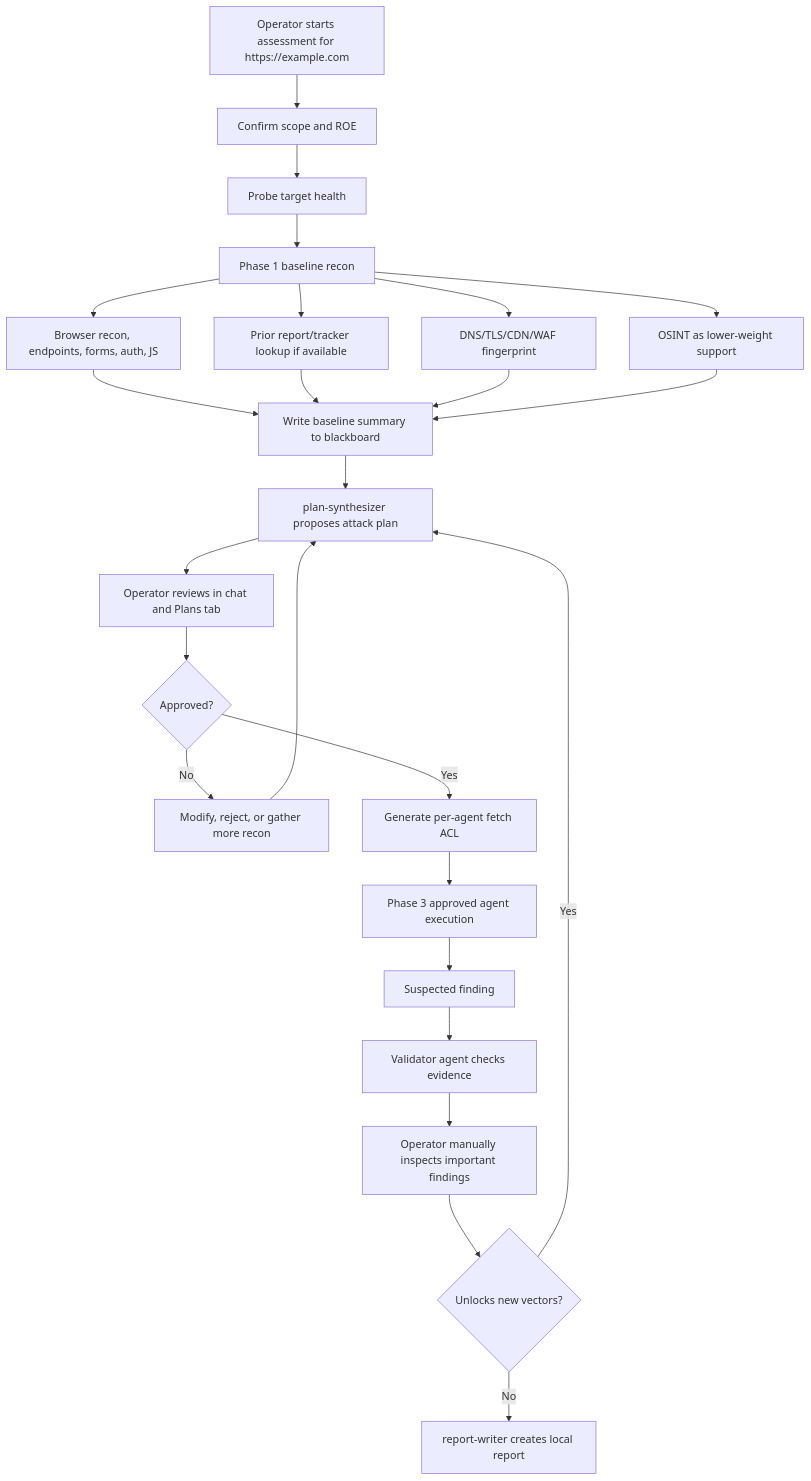
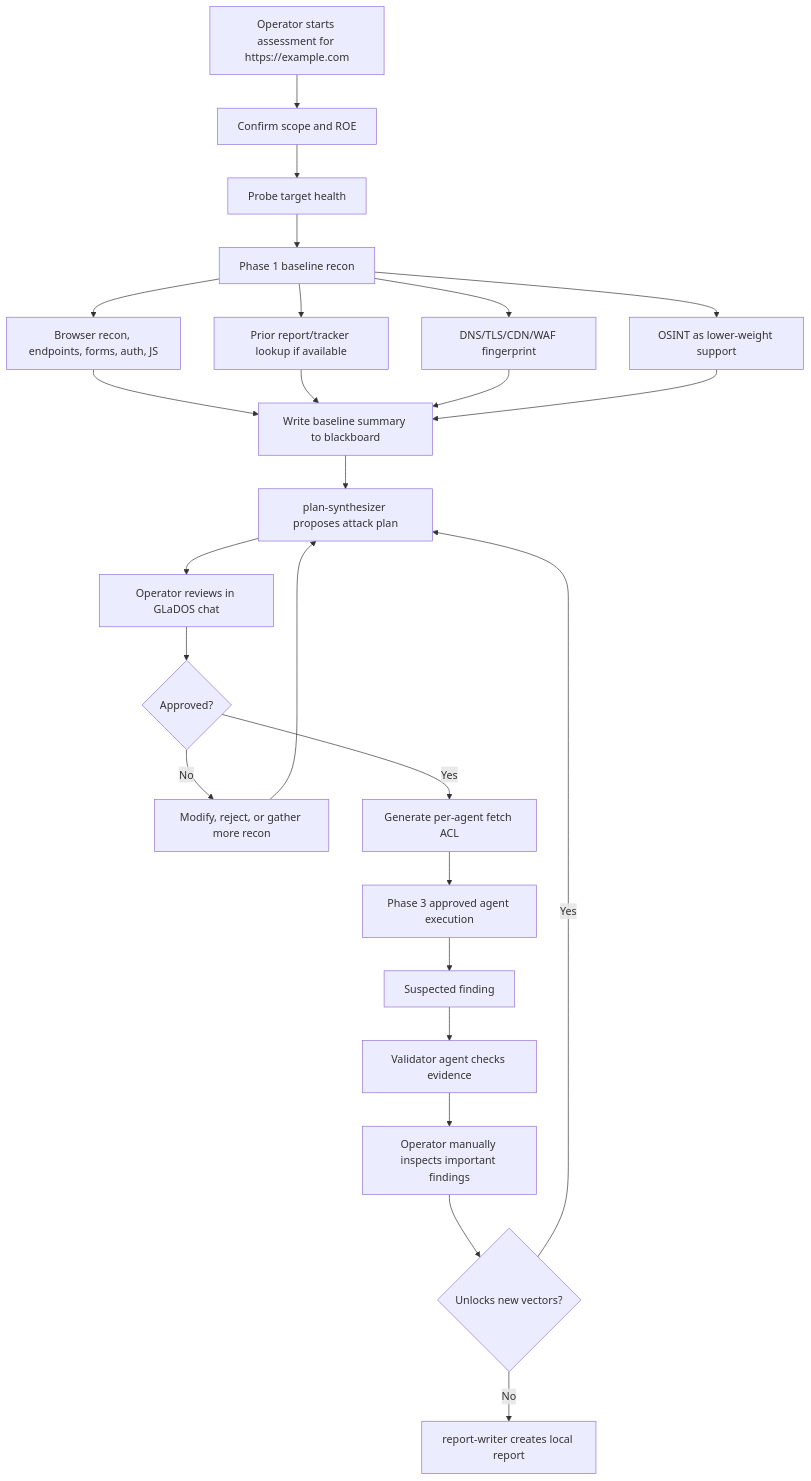
The second of 2 diagrams in README.md (samcsta/GLaDOS), drawn with Mermaid before and after one commit. The commit also changed other lines of this file and 6 other files, not shown here.

````diff
--- a/README.md
+++ b/README.md
@@ -131,27 +241,27 @@
 ```mermaid
 flowchart TD
   Start["Operator starts assessment for https://example.com"] --> Scope["Confirm scope and ROE"]
   Scope --> Health["Probe target health"]
   Health --> Baseline["Phase 1 baseline recon"]
   Baseline --> DirectRecon["Browser recon, endpoints, forms, auth, JS"]
   Baseline --> Prior["Prior report/tracker lookup if available"]
   Baseline --> DnsTls["DNS/TLS/CDN/WAF fingerprint"]
   Baseline --> Osint["OSINT as lower-weight support"]
   DirectRecon --> Summary["Write baseline summary to blackboard"]
   Prior --> Summary
   DnsTls --> Summary
   Osint --> Summary
   Summary --> Plan["plan-synthesizer proposes attack plan"]
-  Plan --> Review["Operator reviews in chat and Plans tab"]
+  Plan --> Review["Operator reviews in GLaDOS chat"]
   Review --> Approved{"Approved?"}
   Approved -- "No" --> Revise["Modify, reject, or gather more recon"]
   Revise --> Plan
   Approved -- "Yes" --> ACL["Generate per-agent fetch ACL"]
   ACL --> Execute["Phase 3 approved agent execution"]
   Execute --> Candidate["Suspected finding"]
   Candidate --> Validate["Validator agent checks evidence"]
   Validate --> Manual["Operator manually inspects important findings"]
   Manual --> Replan{"Unlocks new vectors?"}
   Replan -- "Yes" --> Plan
   Replan -- "No" --> Report["report-writer creates local report"]
 ```
````
